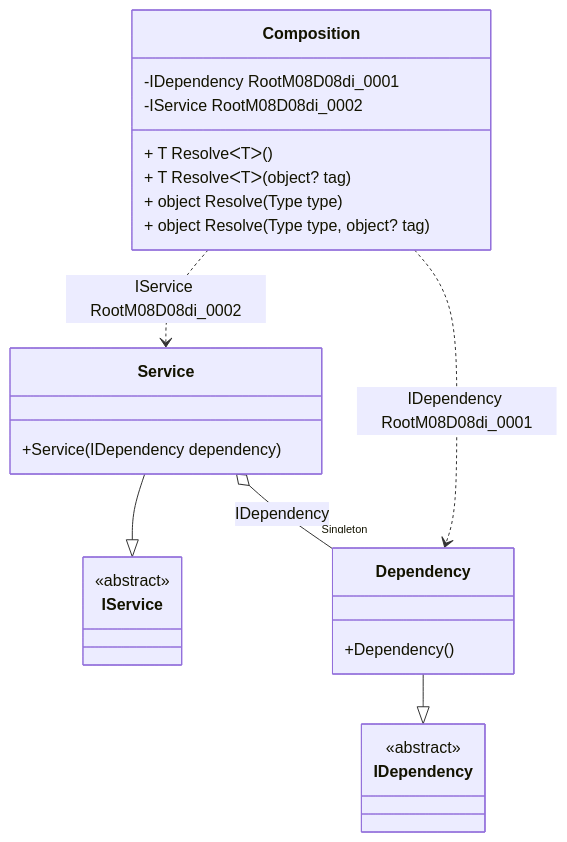
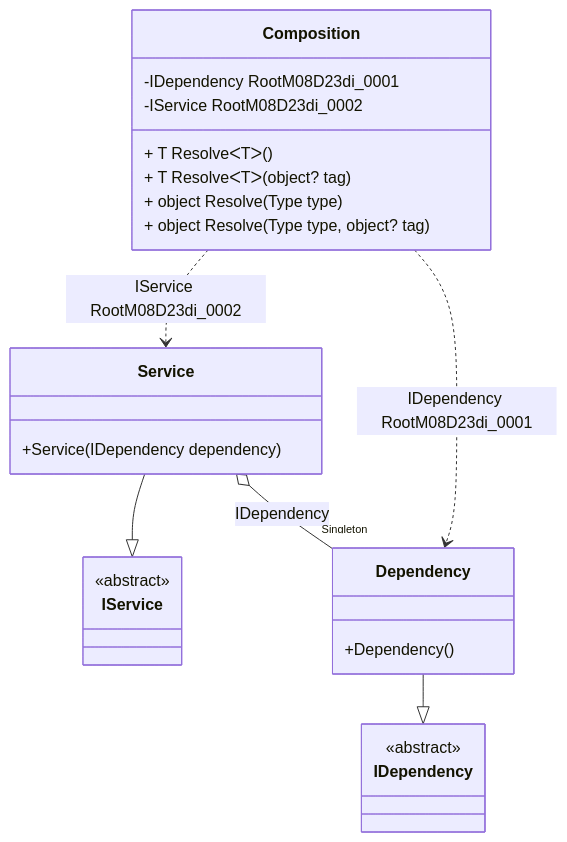
The diagram in readme/service-collection.md (DevTeam/Pure.DI), drawn with Mermaid before and after one commit. The commit also changed other lines of this file and 63 other files, not shown here.

````diff
--- a/readme/service-collection.md
+++ b/readme/service-collection.md
@@ -75,28 +75,28 @@
 ```mermaid
 classDiagram
   class Composition {
-    -IDependency RootM08D08di_0001
-    -IService RootM08D08di_0002
+    -IDependency RootM08D23di_0001
+    -IService RootM08D23di_0002
     + T ResolveᐸTᐳ()
     + T ResolveᐸTᐳ(object? tag)
     + object Resolve(Type type)
     + object Resolve(Type type, object? tag)
   }
   Service --|> IService : 
   class Service {
     +Service(IDependency dependency)
   }
   Dependency --|> IDependency : 
   class Dependency {
     +Dependency()
   }
   class IService {
     <<abstract>>
   }
   class IDependency {
     <<abstract>>
   }
   Service o--  "Singleton" Dependency : IDependency
-  Composition ..> Dependency : IDependency RootM08D08di_0001
-  Composition ..> Service : IService RootM08D08di_0002
+  Composition ..> Dependency : IDependency RootM08D23di_0001
+  Composition ..> Service : IService RootM08D23di_0002
 ```
````
